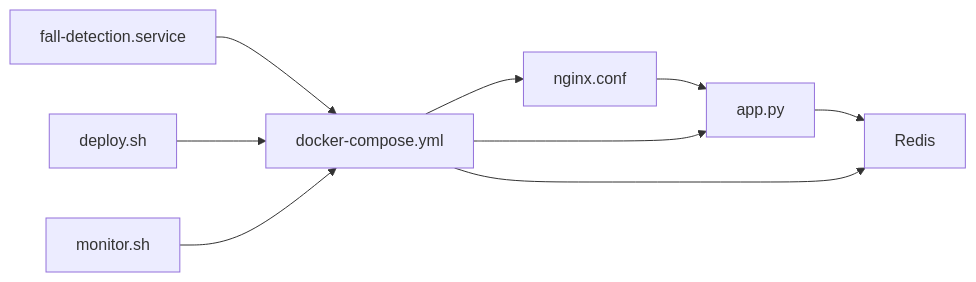
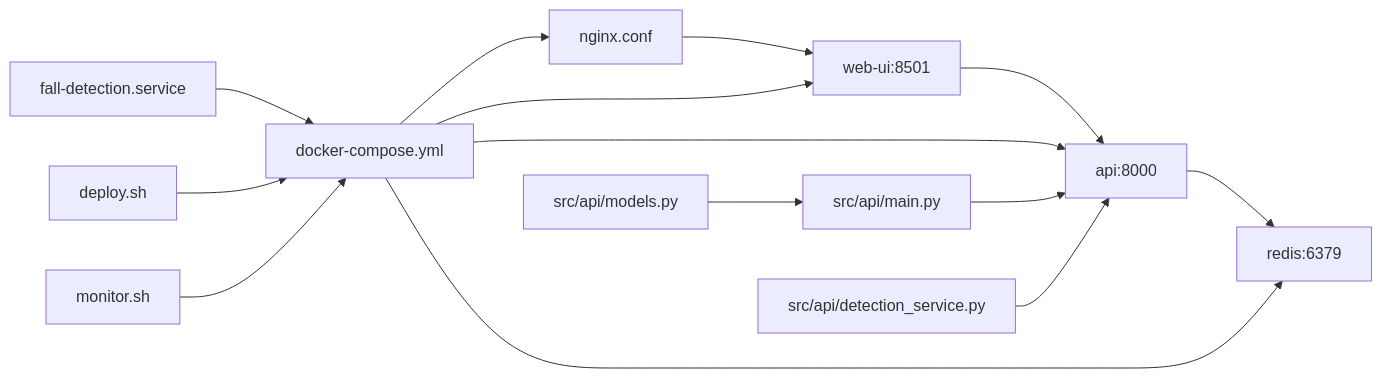
One commit to nanfeng2021/fall-detection-system changed diagram 11 of 11 in .qoder/repowiki/zh/content/部署与运维/部署与运维.md. Above: the diagram before and after it, drawn with Mermaid. The commit also changed other lines of this file and 16 other files, not shown here.

````diff
--- a/.qoder/repowiki/zh/content/部署与运维/部署与运维.md
+++ b/.qoder/repowiki/zh/content/部署与运维/部署与运维.md
@@ -334,11 +456,16 @@
 ```mermaid
 graph LR
-NGINX["nginx.conf"] --> APP["app.py"]
-APP --> REDIS["Redis"]
-DC["docker-compose.yml"] --> APP
+NGINX["nginx.conf"] --> WEB["web-ui:8501"]
+WEB --> API["api:8000"]
+API --> REDIS["redis:6379"]
+DC["docker-compose.yml"] --> WEB
+DC --> API
 DC --> REDIS
 DC --> NGINX
 SVC["fall-detection.service"] --> DC
 DS["deploy.sh"] --> DC
 MON["monitor.sh"] --> DC
+API_MAIN["src/api/main.py"] --> API
+DETECT["src/api/detection_service.py"] --> API
+MODELS["src/api/models.py"] --> API_MAIN
 ```
````
